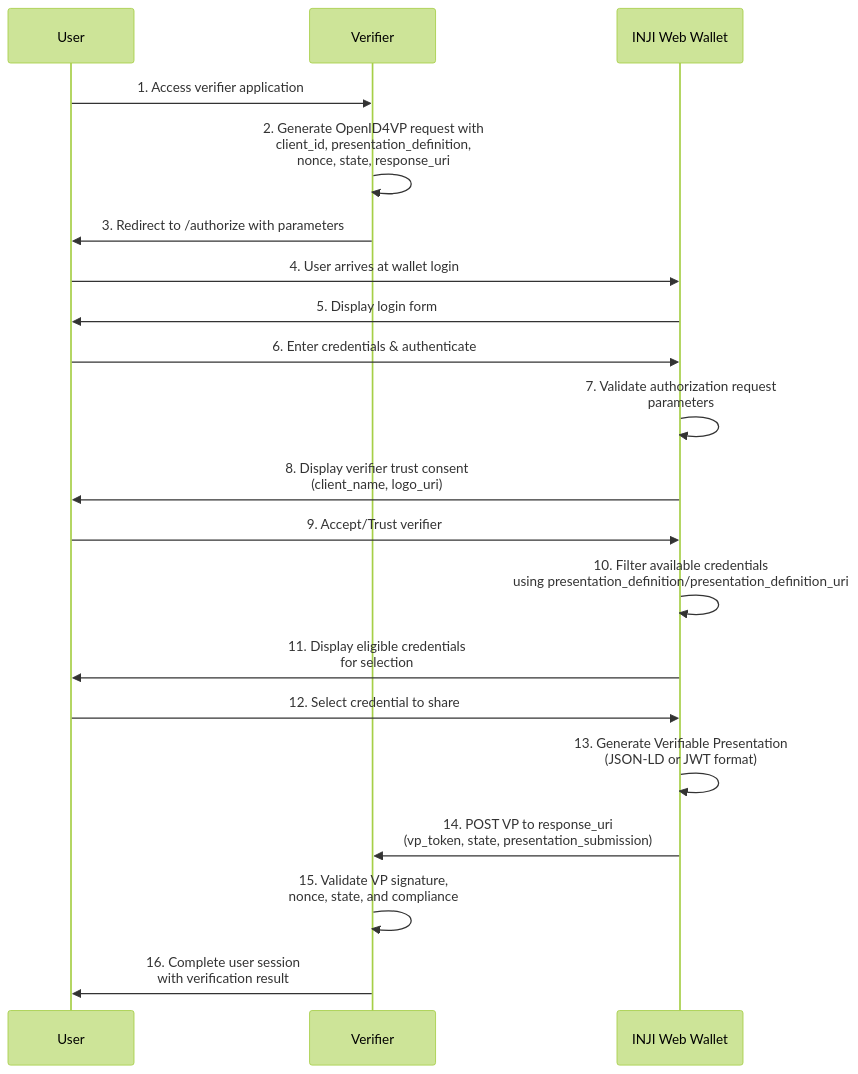
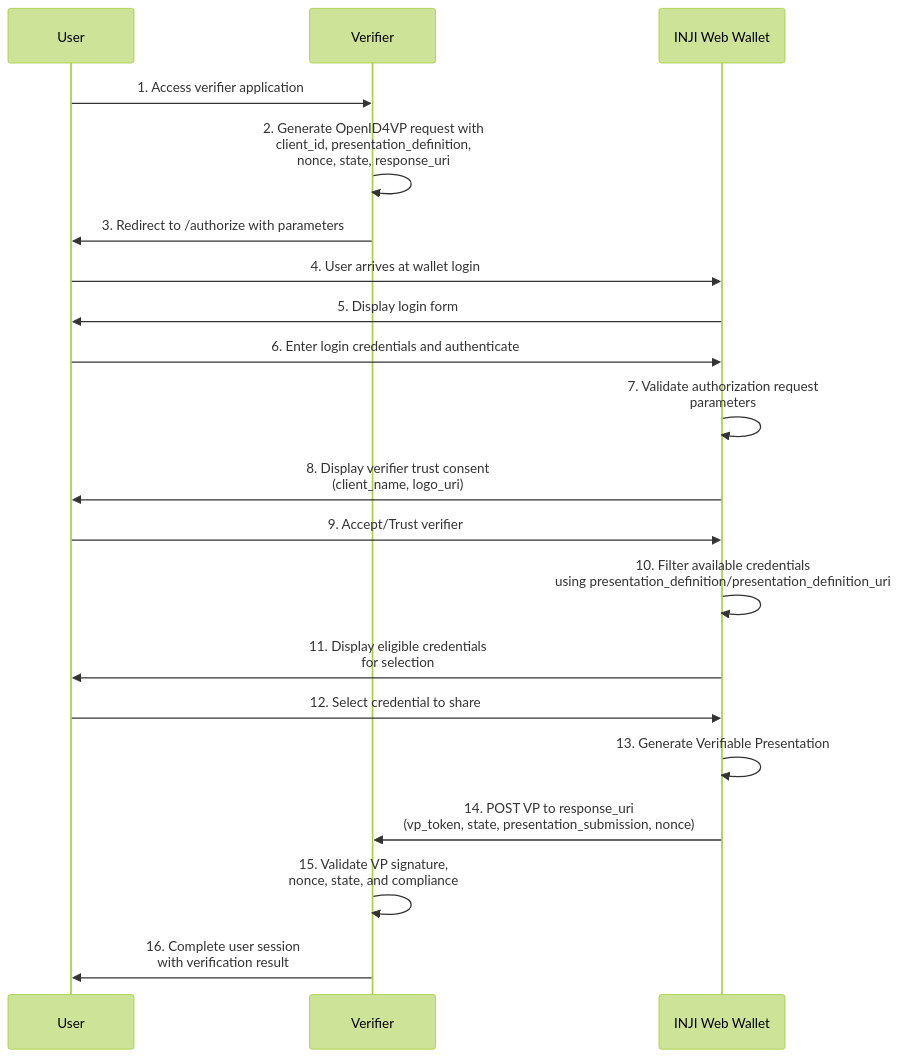
Before and after one commit to mosip/inji-web: the first of 3 diagrams in docs/OpenID4VPIntegrationGuide.md, drawn with Mermaid (forest theme). The commit also changed other lines of this file, not shown here.

Commit message:
[INJIWEB-1770] Add separate sequence diagram for user rejects verifier flow, fix typos and add more details to descriptions

````diff
--- a/docs/OpenID4VPIntegrationGuide.md
+++ b/docs/OpenID4VPIntegrationGuide.md
@@ -22,23 +22,23 @@
 ```mermaid
   sequenceDiagram
       participant User
       participant Verifier
       participant InjiWebWallet as INJI Web Wallet
       
       User->>Verifier: 1. Access verifier application
       Verifier->>Verifier: 2. Generate OpenID4VP request with<br/>client_id, presentation_definition,<br/>nonce, state, response_uri
       Verifier->>User: 3. Redirect to /authorize with parameters
       User->>InjiWebWallet: 4. User arrives at wallet login
       InjiWebWallet->>User: 5. Display login form
-      User->>InjiWebWallet: 6. Enter credentials & authenticate
+      User->>InjiWebWallet: 6. Enter login credentials and authenticate
       InjiWebWallet->>InjiWebWallet: 7. Validate authorization request<br/>parameters
       InjiWebWallet->>User: 8. Display verifier trust consent<br/>(client_name, logo_uri)
       User->>InjiWebWallet: 9. Accept/Trust verifier
       InjiWebWallet->>InjiWebWallet: 10. Filter available credentials<br/>using presentation_definition/presentation_definition_uri
       InjiWebWallet->>User: 11. Display eligible credentials<br/>for selection
       User->>InjiWebWallet: 12. Select credential to share
-      InjiWebWallet->>InjiWebWallet: 13. Generate Verifiable Presentation<br/>(JSON-LD or JWT format)
-      InjiWebWallet->>Verifier: 14. POST VP to response_uri<br/>(vp_token, state, presentation_submission)
+      InjiWebWallet->>InjiWebWallet: 13. Generate Verifiable Presentation
+      InjiWebWallet->>Verifier: 14. POST VP to response_uri<br/>(vp_token, state, presentation_submission, nonce)
       Verifier->>Verifier: 15. Validate VP signature,<br/>nonce, state, and compliance
       Verifier->>User: 16. Complete user session<br/>with verification result
 ```
````
